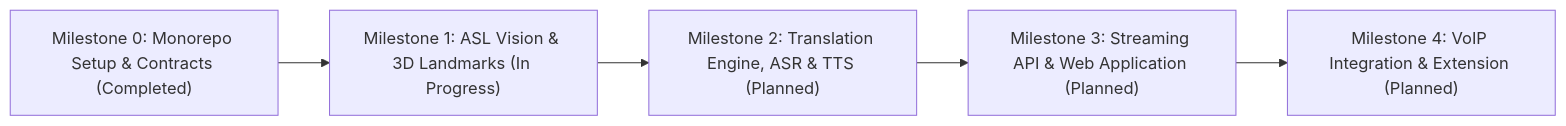
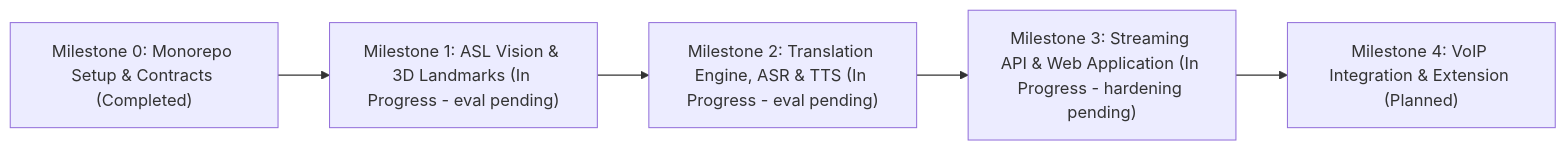
One commit to Parth06102006/converse changed the diagram in docs/milestones/overview.md. Above: the diagram before and after it, drawn with Mermaid. The commit also changed other lines of this file and 21 other files, not shown here.

````diff
--- a/docs/milestones/overview.md
+++ b/docs/milestones/overview.md
@@ -5,13 +5,13 @@
 ```mermaid
 flowchart LR
     M0["Milestone 0: Monorepo Setup & Contracts (Completed)"]
-    M1["Milestone 1: ASL Vision & 3D Landmarks (In Progress)"]
-    M2["Milestone 2: Translation Engine, ASR & TTS (Planned)"]
-    M3["Milestone 3: Streaming API & Web Application (Planned)"]
+    M1["Milestone 1: ASL Vision & 3D Landmarks (In Progress - eval pending)"]
+    M2["Milestone 2: Translation Engine, ASR & TTS (In Progress - eval pending)"]
+    M3["Milestone 3: Streaming API & Web Application (In Progress - hardening pending)"]
     M4["Milestone 4: VoIP Integration & Extension (Planned)"]
 
     M0 --> M1
     M1 --> M2
     M2 --> M3
     M3 --> M4
 ```
````
